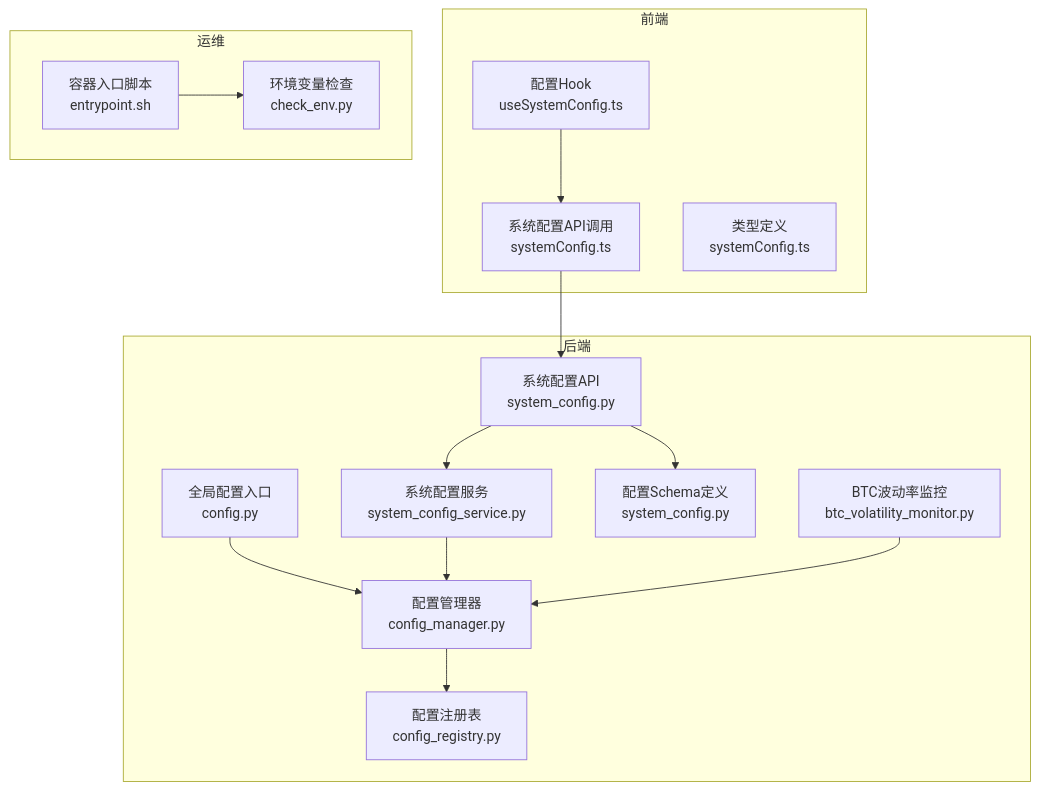
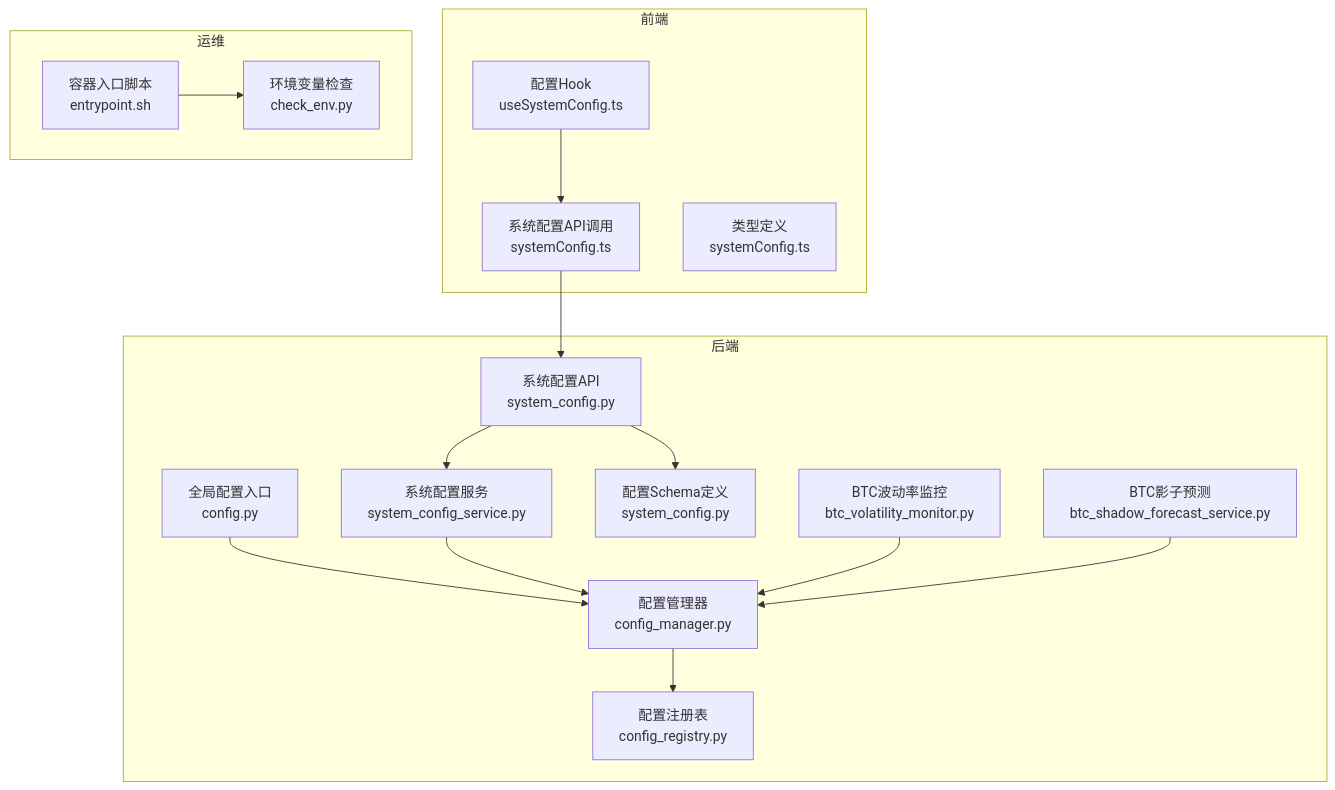
The first of 5 diagrams in .qoder/repowiki/zh/content/配置管理.md (anYaoooo/daily_stock_analysis), drawn with Mermaid before and after one commit. The commit also changed other lines of this file and 16 other files, not shown here.

````diff
--- a/.qoder/repowiki/zh/content/配置管理.md
+++ b/.qoder/repowiki/zh/content/配置管理.md
@@ -55,30 +57,32 @@
 ```mermaid
 graph TB
 subgraph "后端"
 CM["配置管理器<br/>config_manager.py"]
 CR["配置注册表<br/>config_registry.py"]
 CFG["全局配置入口<br/>config.py"]
 Svc["系统配置服务<br/>system_config_service.py"]
 API["系统配置API<br/>system_config.py"]
 Schema["配置Schema定义<br/>system_config.py"]
 BVM["BTC波动率监控<br/>btc_volatility_monitor.py"]
+BSF["BTC影子预测<br/>btc_shadow_forecast_service.py"]
 end
 subgraph "前端"
 FE_API["系统配置API调用<br/>systemConfig.ts"]
 Hook["配置Hook<br/>useSystemConfig.ts"]
 Types["类型定义<br/>systemConfig.ts"]
 end
 subgraph "运维"
 EnvCheck["环境变量检查<br/>check_env.py"]
 Entrypoint["容器入口脚本<br/>entrypoint.sh"]
 end
 CM --> CR
 CFG --> CM
 Svc --> CM
 API --> Svc
 API --> Schema
 FE_API --> API
 Hook --> FE_API
 Entrypoint --> EnvCheck
 BVM --> CM
+BSF --> CM
 ```
````
